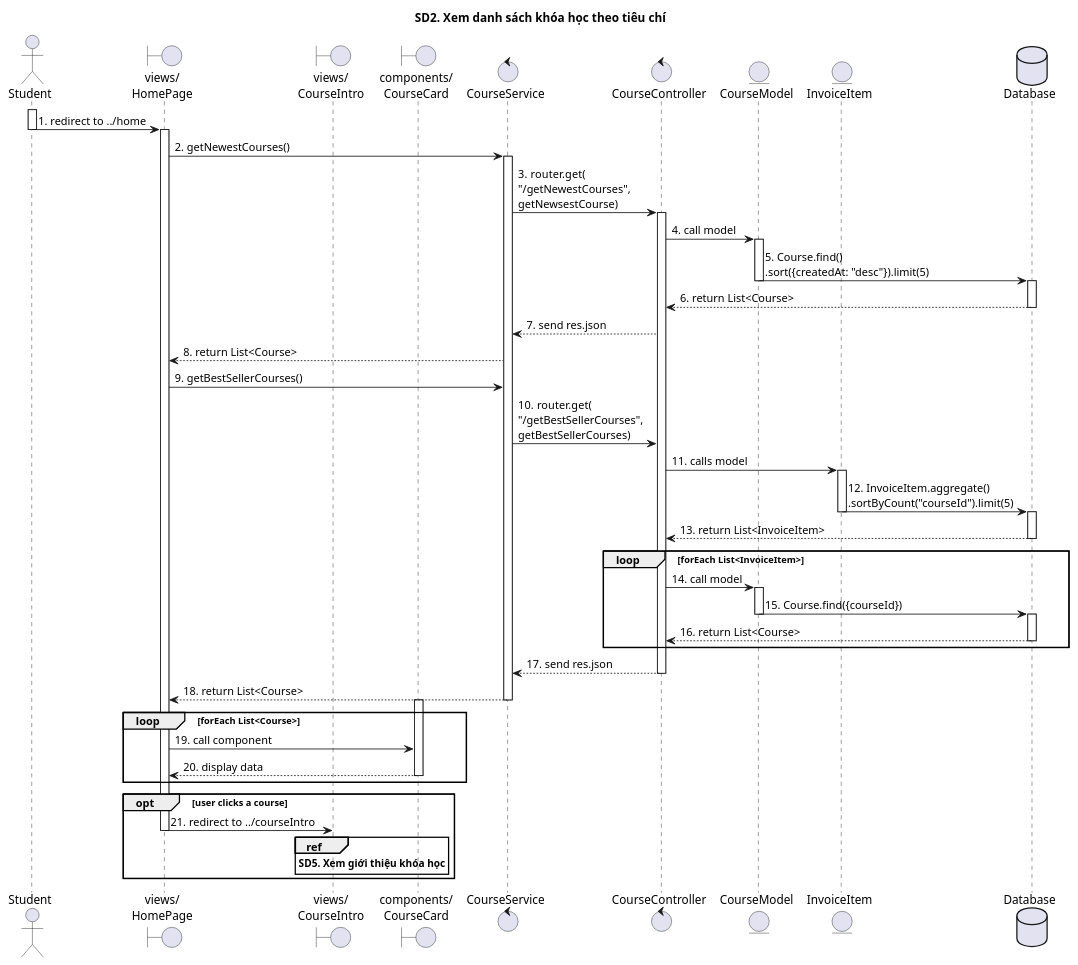
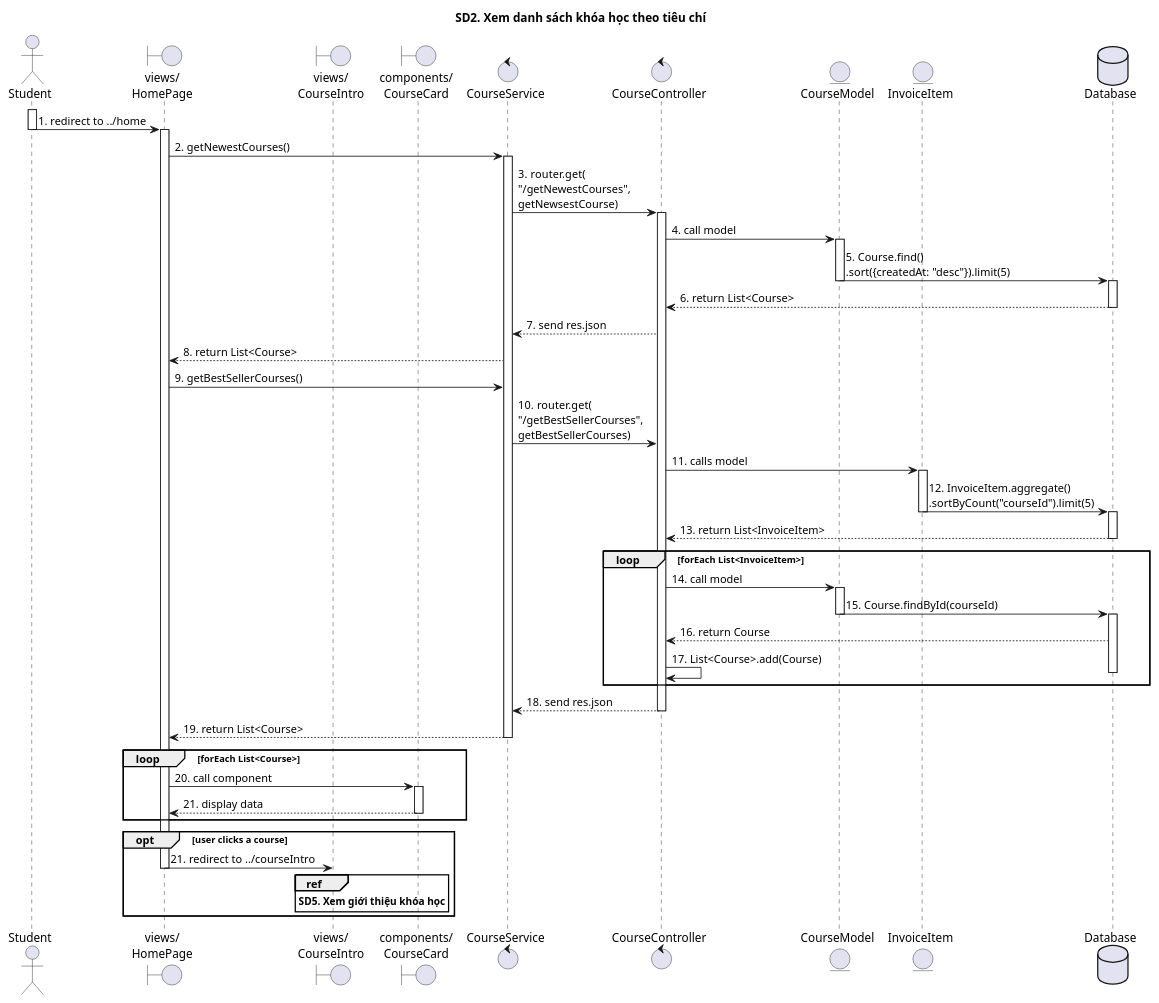
The diagram in SequenceDiagrams/CNPMHDT/sd2.puml (The-Cookies-Team/UML-Diagrams), drawn with PlantUML before and after one commit. The commit also changed 2 other files, not shown here.

```diff
--- a/SequenceDiagrams/CNPMHDT/sd2.puml
+++ b/SequenceDiagrams/CNPMHDT/sd2.puml
@@ -1,86 +1,86 @@
 @startuml
 
 title SD2. Xem danh sách khóa học theo tiêu chí
 
 actor "Student" as Actor
 boundary "views/\nHomePage" as HomePage
 boundary "views/\nCourseIntro" as CourseIntro
 boundary "components/\nCourseCard" as CourseCard
 control "CourseService"
 control "CourseController"
 entity "CourseModel"
 entity "InvoiceItem"
 database "Database"
 
 activate Actor
 Actor -> HomePage: 1. redirect to ../home
 deactivate Actor
 
 activate HomePage
 HomePage -> CourseService: 2. getNewestCourses()
 
 activate CourseService
 CourseService -> CourseController: 3. router.get(\n"/getNewestCourses",\ngetNewsestCourse)
 
 activate CourseController
 CourseController -> CourseModel: 4. call model
 
 activate CourseModel
 CourseModel -> Database: 5. Course.find()\n.sort({createdAt: "desc"}).limit(5)
 deactivate CourseModel
 
 activate Database
 Database --> CourseController: 6. return List<Course>
 deactivate Database
 
 CourseController --> CourseService: 7. send res.json
 CourseService --> HomePage: 8. return List<Course>
 HomePage -> CourseService: 9. getBestSellerCourses()
 CourseService -> CourseController: 10. router.get(\n"/getBestSellerCourses",\ngetBestSellerCourses)
 CourseController -> InvoiceItem: 11. calls model
 
 activate InvoiceItem
 InvoiceItem -> Database: 12. InvoiceItem.aggregate()\n.sortByCount("courseId").limit(5)
 deactivate InvoiceItem
 
 activate Database
 Database --> CourseController: 13. return List<InvoiceItem>
 deactivate Database
 
 loop forEach List<InvoiceItem>
 CourseController -> CourseModel: 14. call model
 
 activate CourseModel
-CourseModel -> Database: 15. Course.find({courseId})
+CourseModel -> Database: 15. Course.findById(courseId)
 deactivate CourseModel
 
 activate Database
-Database --> CourseController: 16. return List<Course>
+Database --> CourseController: 16. return Course
+CourseController -> CourseController: 17. List<Course>.add(Course)
 deactivate Database
 
 end
 
-CourseController --> CourseService: 17. send res.json
+CourseController --> CourseService: 18. send res.json
 deactivate CourseController
-
-CourseService --> HomePage: 18. return List<Course>
+CourseService --> HomePage: 19. return List<Course>
 deactivate CourseService
 
 loop forEach List<Course>
+HomePage -> CourseCard: 20. call component
 activate CourseCard
-HomePage -> CourseCard: 19. call component
-CourseCard --> HomePage: 20. display data
+CourseCard --> HomePage: 21. display data
 deactivate CourseCard
 end
 
 opt user clicks a course
 HomePage -> CourseIntro: 21. redirect to ../courseIntro
 deactivate HomePage
 
 ref over CourseIntro
 **SD5. Xem giới thiệu khóa học**
 end ref
 end
 
 
 @enduml
```
